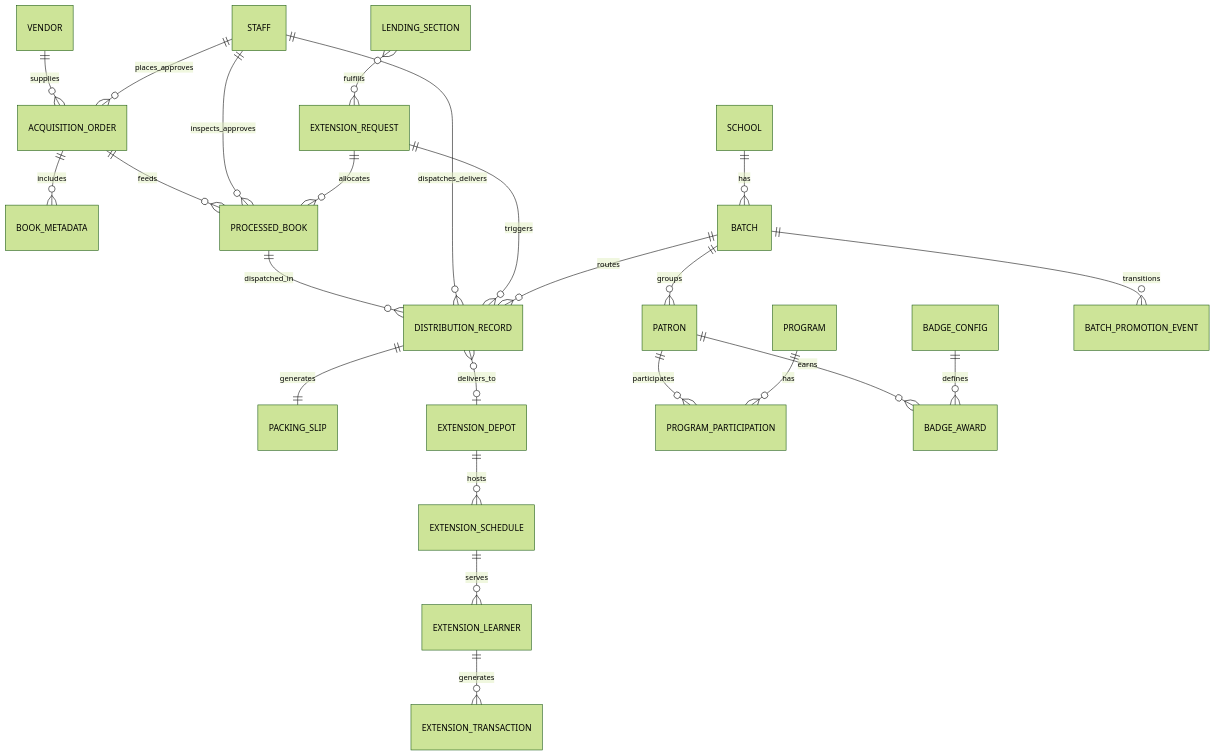
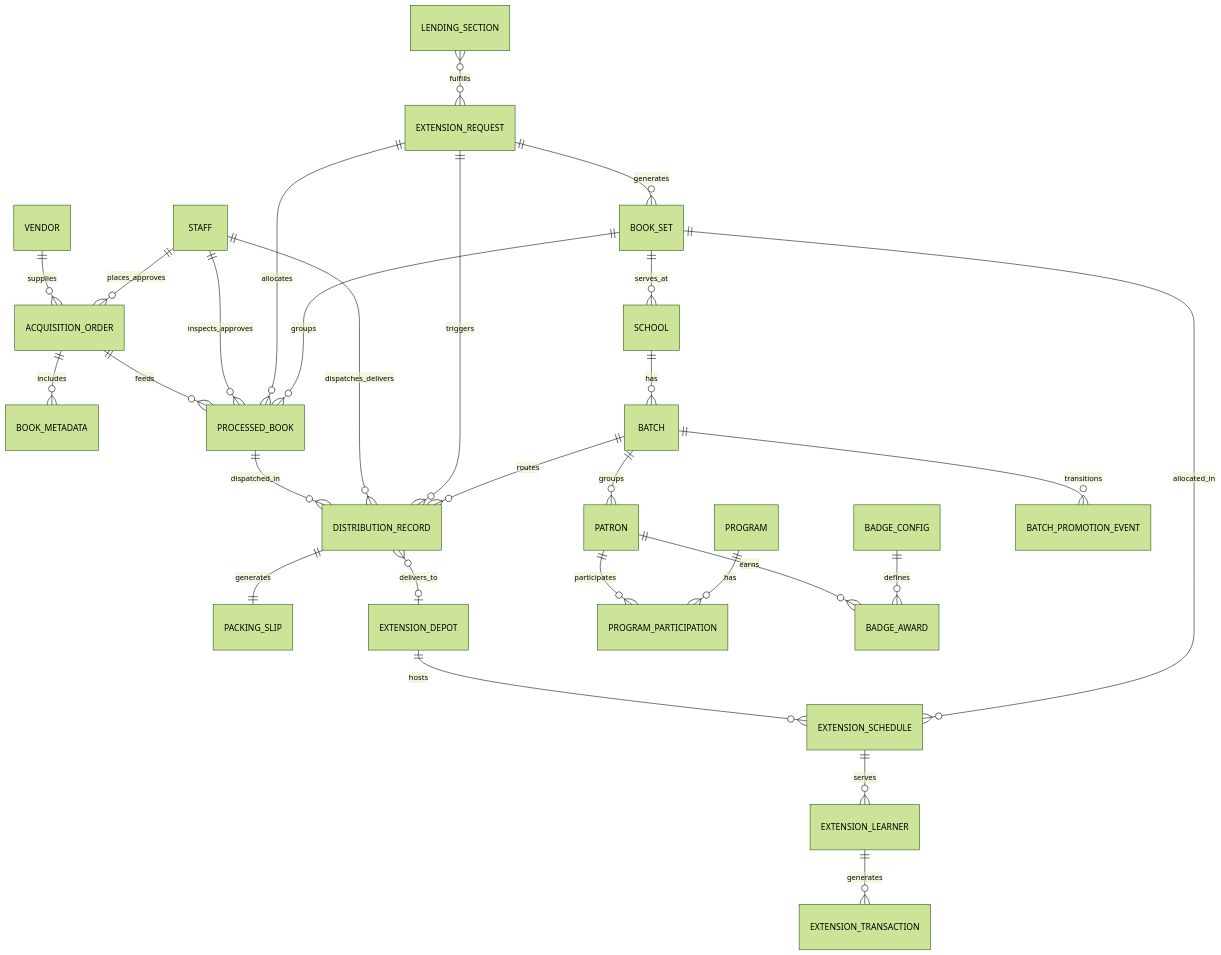
One commit to noobix/alpha-rabbit-lms changed the diagram in docs/database.md. Above: the diagram before and after it, drawn with Mermaid (forest theme). The commit also changed other lines of this file and 511 other files, not shown here.

````diff
--- a/docs/database.md
+++ b/docs/database.md
@@ -349,30 +466,35 @@
 ```mermaid
 erDiagram
   VENDOR ||--o{ ACQUISITION_ORDER : supplies
   ACQUISITION_ORDER ||--o{ BOOK_METADATA : includes
   ACQUISITION_ORDER ||--o{ PROCESSED_BOOK : feeds
   PROCESSED_BOOK ||--o{ DISTRIBUTION_RECORD : dispatched_in
   DISTRIBUTION_RECORD ||--|| PACKING_SLIP : generates
 
   STAFF ||--o{ ACQUISITION_ORDER : places_approves
   STAFF ||--o{ PROCESSED_BOOK : inspects_approves
   STAFF ||--o{ DISTRIBUTION_RECORD : dispatches_delivers
 
   LENDING_SECTION }o--o{ EXTENSION_REQUEST : fulfills
   EXTENSION_REQUEST ||--o{ PROCESSED_BOOK : allocates
   EXTENSION_REQUEST ||--o{ DISTRIBUTION_RECORD : triggers
+  EXTENSION_REQUEST ||--o{ BOOK_SET : generates
   DISTRIBUTION_RECORD }o--o| EXTENSION_DEPOT : delivers_to
   EXTENSION_DEPOT ||--o{ EXTENSION_SCHEDULE : hosts
   EXTENSION_SCHEDULE ||--o{ EXTENSION_LEARNER : serves
   EXTENSION_LEARNER ||--o{ EXTENSION_TRANSACTION : generates
+
+  BOOK_SET ||--o{ PROCESSED_BOOK : groups
+  BOOK_SET ||--o{ EXTENSION_SCHEDULE : allocated_in
+  BOOK_SET ||--o{ SCHOOL : serves_at
 
   PATRON ||--o{ PROGRAM_PARTICIPATION : participates
   PROGRAM ||--o{ PROGRAM_PARTICIPATION : has
   PATRON ||--o{ BADGE_AWARD : earns
   BADGE_CONFIG ||--o{ BADGE_AWARD : defines
 
   SCHOOL ||--o{ BATCH : has
   BATCH ||--o{ PATRON : groups
   BATCH ||--o{ DISTRIBUTION_RECORD : routes
   BATCH ||--o{ BATCH_PROMOTION_EVENT : transitions
 ```
````
